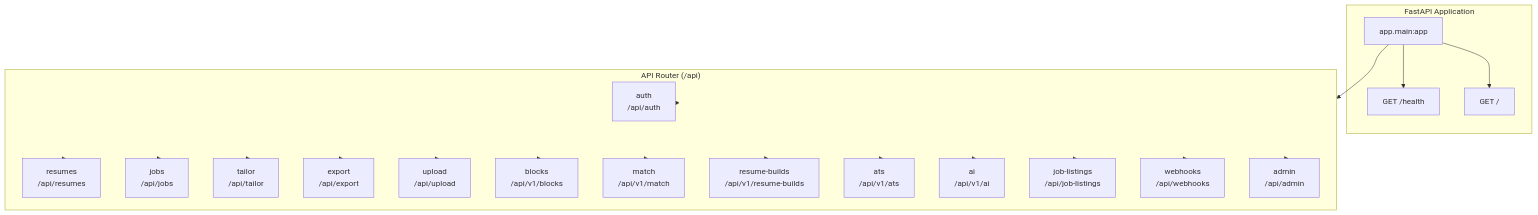
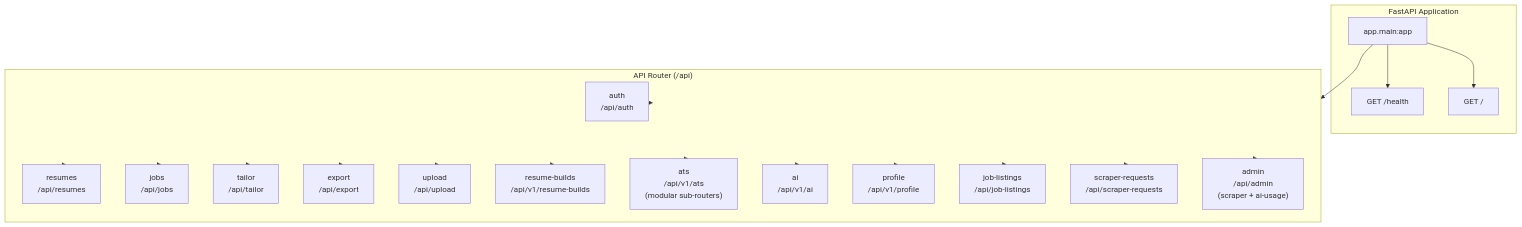
The third of 33 diagrams in docs/architecture/system-architecture.md (Sungchunn/AI-Resume-Tailor), drawn with Mermaid before and after one commit. The commit also changed other lines of this file, not shown here.

First line of the commit message:
docs: Refresh system-architecture to match current codebase

````diff
--- a/docs/architecture/system-architecture.md
+++ b/docs/architecture/system-architecture.md
@@ -174,44 +178,42 @@
 ```mermaid
 flowchart TB
     subgraph Main["FastAPI Application"]
         App["app.main:app"]
         Health["GET /health"]
         Root["GET /"]
     end
 
     subgraph APIRouter["API Router (/api)"]
         Auth["auth<br/>/api/auth"]
         Resumes["resumes<br/>/api/resumes"]
         Jobs["jobs<br/>/api/jobs"]
         Tailor["tailor<br/>/api/tailor"]
         Export["export<br/>/api/export"]
         Upload["upload<br/>/api/upload"]
-        Blocks["blocks<br/>/api/v1/blocks"]
-        Match["match<br/>/api/v1/match"]
         Builds["resume-builds<br/>/api/v1/resume-builds"]
-        ATS["ats<br/>/api/v1/ats"]
+        ATS["ats<br/>/api/v1/ats<br/>(modular sub-routers)"]
         AIChat["ai<br/>/api/v1/ai"]
+        Profile["profile<br/>/api/v1/profile"]
         Listings["job-listings<br/>/api/job-listings"]
-        Webhooks["webhooks<br/>/api/webhooks"]
-        Admin["admin<br/>/api/admin"]
+        ScraperReq["scraper-requests<br/>/api/scraper-requests"]
+        Admin["admin<br/>/api/admin<br/>(scraper + ai-usage)"]
     end
 
     App --> Health
     App --> Root
     App --> APIRouter
 
     APIRouter --> Auth
     APIRouter --> Resumes
     APIRouter --> Jobs
     APIRouter --> Tailor
     APIRouter --> Export
     APIRouter --> Upload
-    APIRouter --> Blocks
-    APIRouter --> Match
     APIRouter --> Builds
     APIRouter --> ATS
     APIRouter --> AIChat
+    APIRouter --> Profile
     APIRouter --> Listings
-    APIRouter --> Webhooks
+    APIRouter --> ScraperReq
     APIRouter --> Admin
 ```
````
